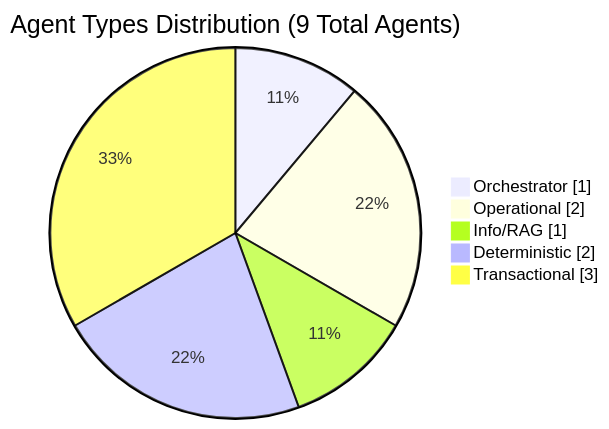
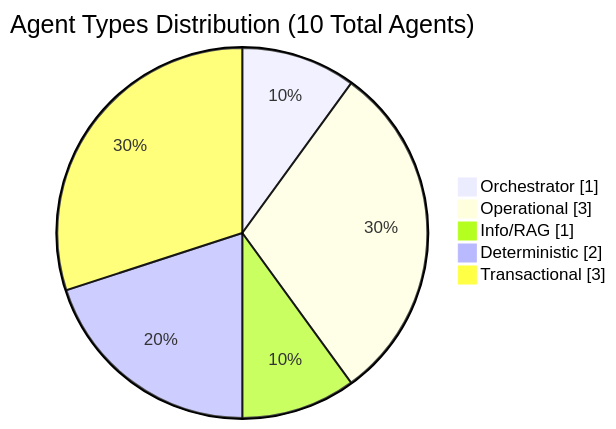
Before and after one commit to sudhamanc/ConversationalSalesAgent: the fifth of 8 diagrams in README.md, drawn with Mermaid. The commit also changed other lines of this file and 3 other files, not shown here.

````diff
--- a/README.md
+++ b/README.md
@@ -346,9 +353,9 @@
 ```mermaid
 pie showData
-    title Agent Types Distribution (9 Total Agents)
+    title Agent Types Distribution (10 Total Agents)
     "Orchestrator" : 1
-    "Operational" : 2
+    "Operational" : 3
     "Info/RAG" : 1
     "Deterministic" : 2
     "Transactional" : 3
 ```
````
